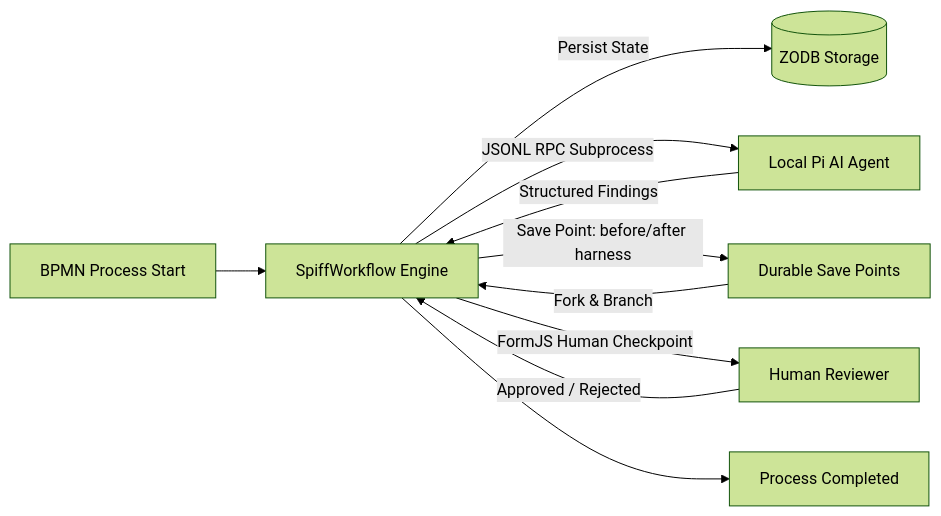
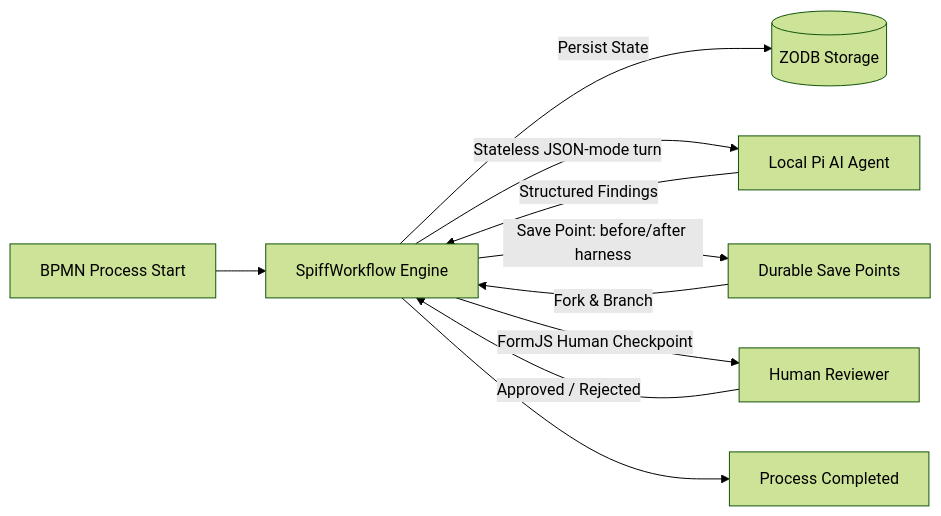
The diagram in docs/index.md (datakurre/bpmn-iteration-playground), drawn with Mermaid (forest theme) before and after one commit. The commit also changed other lines of this file and 64 other files, not shown here.

````diff
--- a/docs/index.md
+++ b/docs/index.md
@@ -38,12 +53,12 @@
 ```mermaid
 graph LR
     A[BPMN Process Start] --> B[SpiffWorkflow Engine]
     B -->|Persist State| C[(ZODB Storage)]
-    B -->|JSONL RPC Subprocess| D[Local Pi AI Agent]
+    B -->|Stateless JSON-mode turn| D[Local Pi AI Agent]
     D -->|Structured Findings| B
     B -->|Save Point: before/after harness| E[Durable Save Points]
     B -->|FormJS Human Checkpoint| F[Human Reviewer]
     F -->|Approved / Rejected| B
     B --> G[Process Completed]
     E -->|Fork & Branch| B
 ```
````
